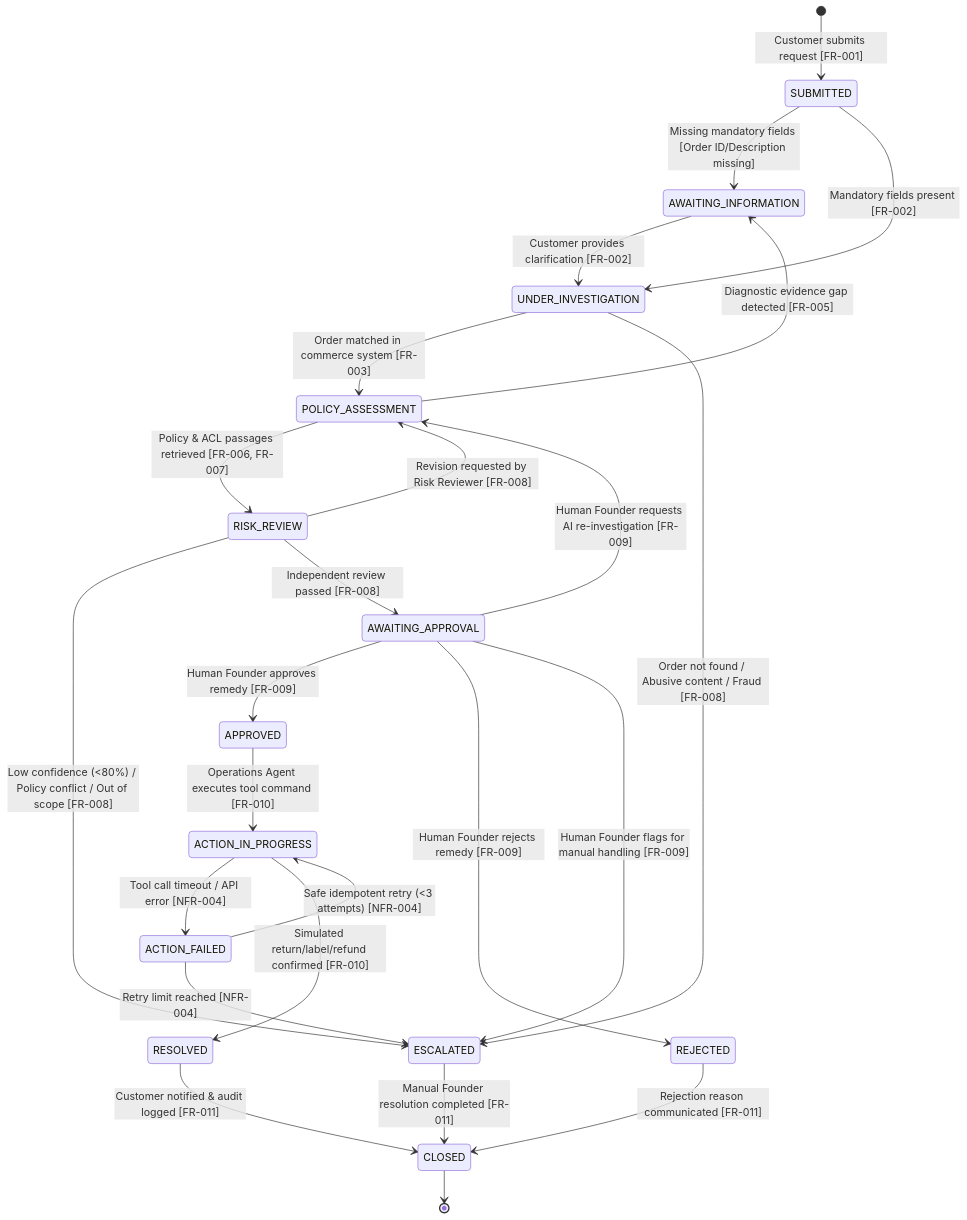
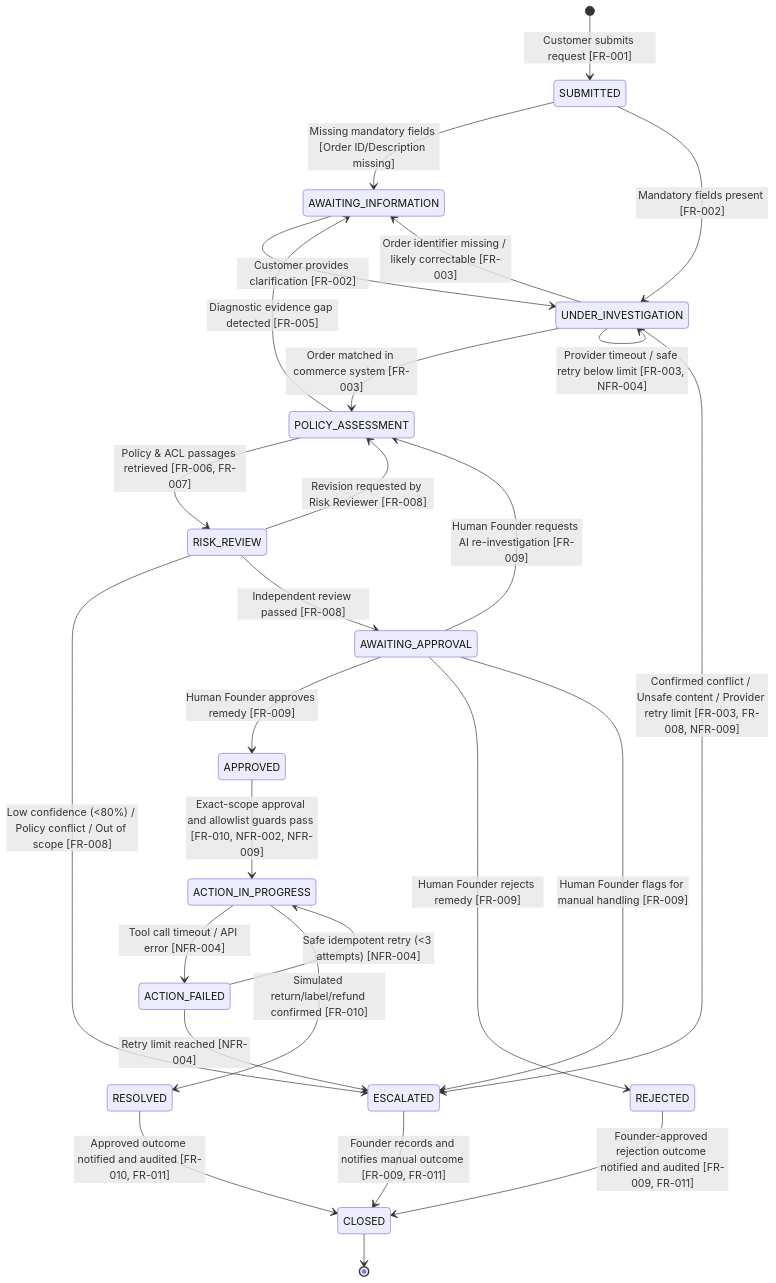
The diagram in docs/diagrams/02-state-machine-diagram.md (shuxiachai/returnops-au), drawn with Mermaid before and after one commit. The commit also changed other lines of this file and 11 other files, not shown here.

````diff
--- a/docs/diagrams/02-state-machine-diagram.md
+++ b/docs/diagrams/02-state-machine-diagram.md
@@ -11,35 +11,37 @@
 ```mermaid
 stateDiagram-v2
     [*] --> SUBMITTED : Customer submits request [FR-001]
     
     SUBMITTED --> AWAITING_INFORMATION : Missing mandatory fields [Order ID/Description missing]
     AWAITING_INFORMATION --> UNDER_INVESTIGATION : Customer provides clarification [FR-002]
     SUBMITTED --> UNDER_INVESTIGATION : Mandatory fields present [FR-002]
     
     UNDER_INVESTIGATION --> POLICY_ASSESSMENT : Order matched in commerce system [FR-003]
-    UNDER_INVESTIGATION --> ESCALATED : Order not found / Abusive content / Fraud [FR-008]
+    UNDER_INVESTIGATION --> AWAITING_INFORMATION : Order identifier missing / likely correctable [FR-003]
+    UNDER_INVESTIGATION --> UNDER_INVESTIGATION : Provider timeout / safe retry below limit [FR-003, NFR-004]
+    UNDER_INVESTIGATION --> ESCALATED : Confirmed conflict / Unsafe content / Provider retry limit [FR-003, FR-008, NFR-009]
     
     POLICY_ASSESSMENT --> AWAITING_INFORMATION : Diagnostic evidence gap detected [FR-005]
     POLICY_ASSESSMENT --> RISK_REVIEW : Policy & ACL passages retrieved [FR-006, FR-007]
     
     RISK_REVIEW --> POLICY_ASSESSMENT : Revision requested by Risk Reviewer [FR-008]
     RISK_REVIEW --> ESCALATED : Low confidence (<80%) / Policy conflict / Out of scope [FR-008]
     RISK_REVIEW --> AWAITING_APPROVAL : Independent review passed [FR-008]
     
     AWAITING_APPROVAL --> APPROVED : Human Founder approves remedy [FR-009]
     AWAITING_APPROVAL --> REJECTED : Human Founder rejects remedy [FR-009]
     AWAITING_APPROVAL --> ESCALATED : Human Founder flags for manual handling [FR-009]
     AWAITING_APPROVAL --> POLICY_ASSESSMENT : Human Founder requests AI re-investigation [FR-009]
     
-    APPROVED --> ACTION_IN_PROGRESS : Operations Agent executes tool command [FR-010]
+    APPROVED --> ACTION_IN_PROGRESS : Exact-scope approval and allowlist guards pass [FR-010, NFR-002, NFR-009]
     ACTION_IN_PROGRESS --> ACTION_FAILED : Tool call timeout / API error [NFR-004]
     ACTION_FAILED --> ACTION_IN_PROGRESS : Safe idempotent retry (<3 attempts) [NFR-004]
     ACTION_FAILED --> ESCALATED : Retry limit reached [NFR-004]
     ACTION_IN_PROGRESS --> RESOLVED : Simulated return/label/refund confirmed [FR-010]
     
-    RESOLVED --> CLOSED : Customer notified & audit logged [FR-011]
-    REJECTED --> CLOSED : Rejection reason communicated [FR-011]
-    ESCALATED --> CLOSED : Manual Founder resolution completed [FR-011]
+    RESOLVED --> CLOSED : Approved outcome notified and audited [FR-010, FR-011]
+    REJECTED --> CLOSED : Founder-approved rejection outcome notified and audited [FR-009, FR-011]
+    ESCALATED --> CLOSED : Founder records and notifies manual outcome [FR-009, FR-011]
     
     CLOSED --> [*]
 ```
````
